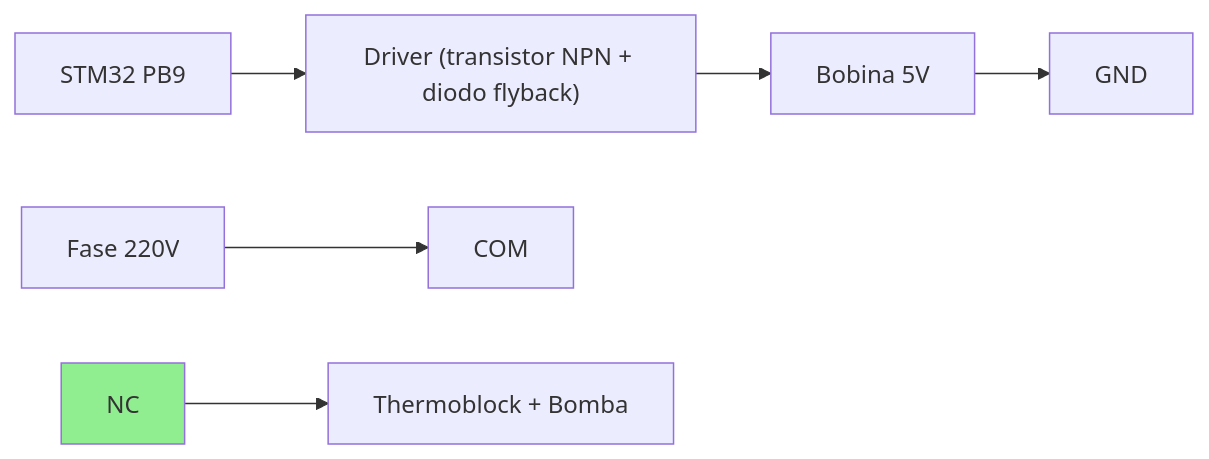
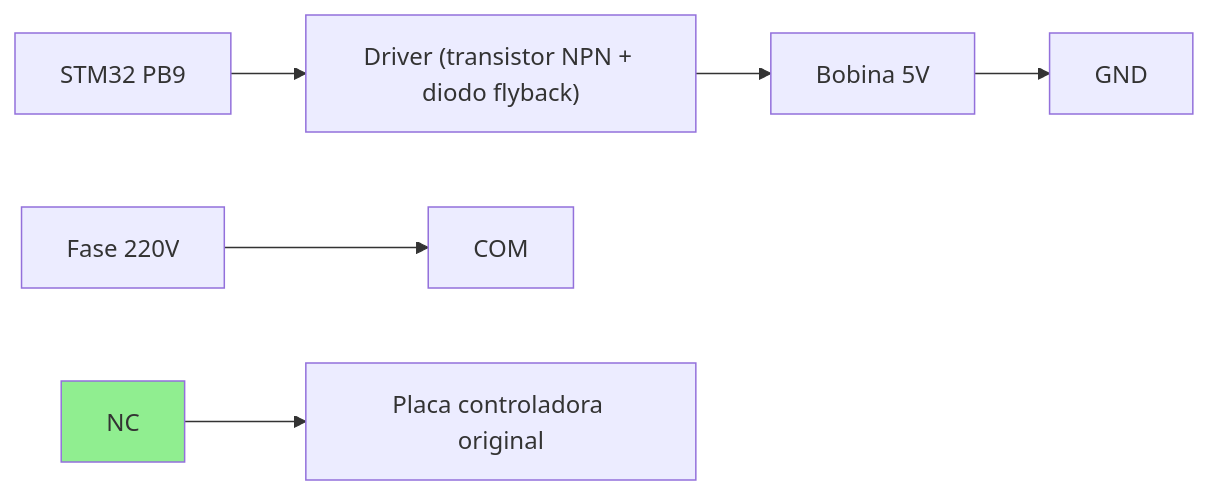
The fifth of 7 diagrams in docs/COMPONENTES.md (SamuelMoraesF/iot-oster-prima-latte2), drawn with Mermaid before and after one commit. The commit also changed other lines of this file, not shown here.

````diff
--- a/docs/COMPONENTES.md
+++ b/docs/COMPONENTES.md
@@ -360,11 +360,11 @@
 ```mermaid
 graph LR
     STM["STM32 PB9"] --> DRIVER["Driver (transistor NPN + diodo flyback)"]
     DRIVER --> COIL["Bobina 5V"]
     COIL --> GND["GND"]
 
     FASE["Fase 220V"] --> COM["COM"]
-    NC["NC"] --> CARGA["Thermoblock + Bomba"]
+    NC["NC"] --> CARGA["Placa controladora original"]
 
     style NC fill:#90EE90
 ```
````
